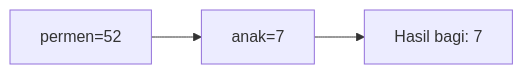
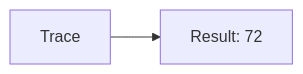
Diagram 20 of 25 in part-c-pemahaman-cpp/01-tipe-data/latihan/set-06.md (amnahwaida/OSNK_INF_PREP), drawn with Mermaid before and after one commit. The commit also changed other lines of this file and 71 other files, not shown here.

````diff
--- a/part-c-pemahaman-cpp/01-tipe-data/latihan/set-06.md
+++ b/part-c-pemahaman-cpp/01-tipe-data/latihan/set-06.md
@@ -538,5 +421,4 @@
 ```mermaid
 graph LR
-A["permen=52"] --> B["anak=7"]
-B --> C["Hasil bagi: 7"]
+A[Trace] --> B[Result: 72]
 ```
````
